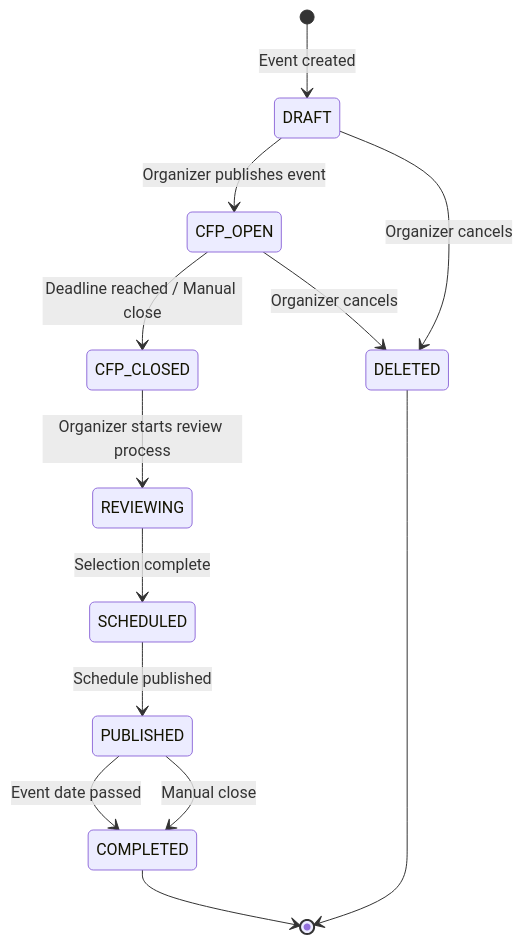
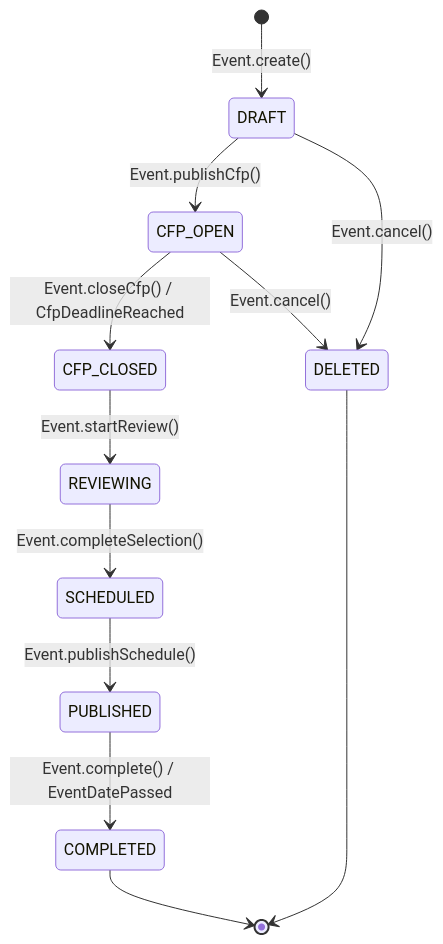
One commit to faparicior/SessioFlow changed the diagram in docs/product/entities/event.md. Above: the diagram before and after it, drawn with Mermaid. The commit also changed other lines of this file and 13 other files, not shown here.

````diff
--- a/docs/product/entities/event.md
+++ b/docs/product/entities/event.md
@@ -14,16 +48,15 @@
 ```mermaid
 stateDiagram-v2
-    [*] --> DRAFT : Event created
-    DRAFT --> CFP_OPEN : Organizer publishes event
-    CFP_OPEN --> CFP_CLOSED : Deadline reached / Manual close
-    CFP_CLOSED --> REVIEWING : Organizer starts review process
-    REVIEWING --> SCHEDULED : Selection complete
-    SCHEDULED --> PUBLISHED : Schedule published
-    PUBLISHED --> COMPLETED : Event date passed
-    PUBLISHED --> COMPLETED : Manual close
+    [*] --> DRAFT : Event.create()
+    DRAFT --> CFP_OPEN : Event.publishCfp()
+    CFP_OPEN --> CFP_CLOSED : Event.closeCfp() / CfpDeadlineReached
+    CFP_CLOSED --> REVIEWING : Event.startReview()
+    REVIEWING --> SCHEDULED : Event.completeSelection()
+    SCHEDULED --> PUBLISHED : Event.publishSchedule()
+    PUBLISHED --> COMPLETED : Event.complete() / EventDatePassed
     COMPLETED --> [*]
     
-    DRAFT --> DELETED : Organizer cancels
-    CFP_OPEN --> DELETED : Organizer cancels
+    DRAFT --> DELETED : Event.cancel()
+    CFP_OPEN --> DELETED : Event.cancel()
     DELETED --> [*]
 ```
````
